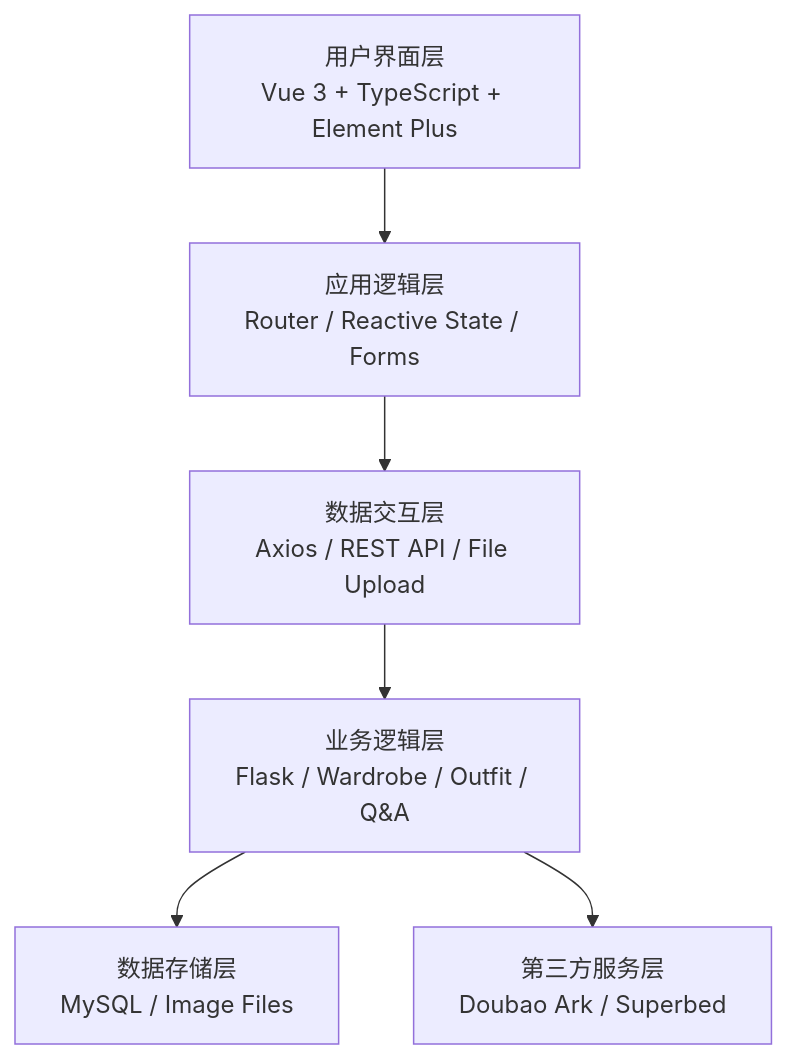
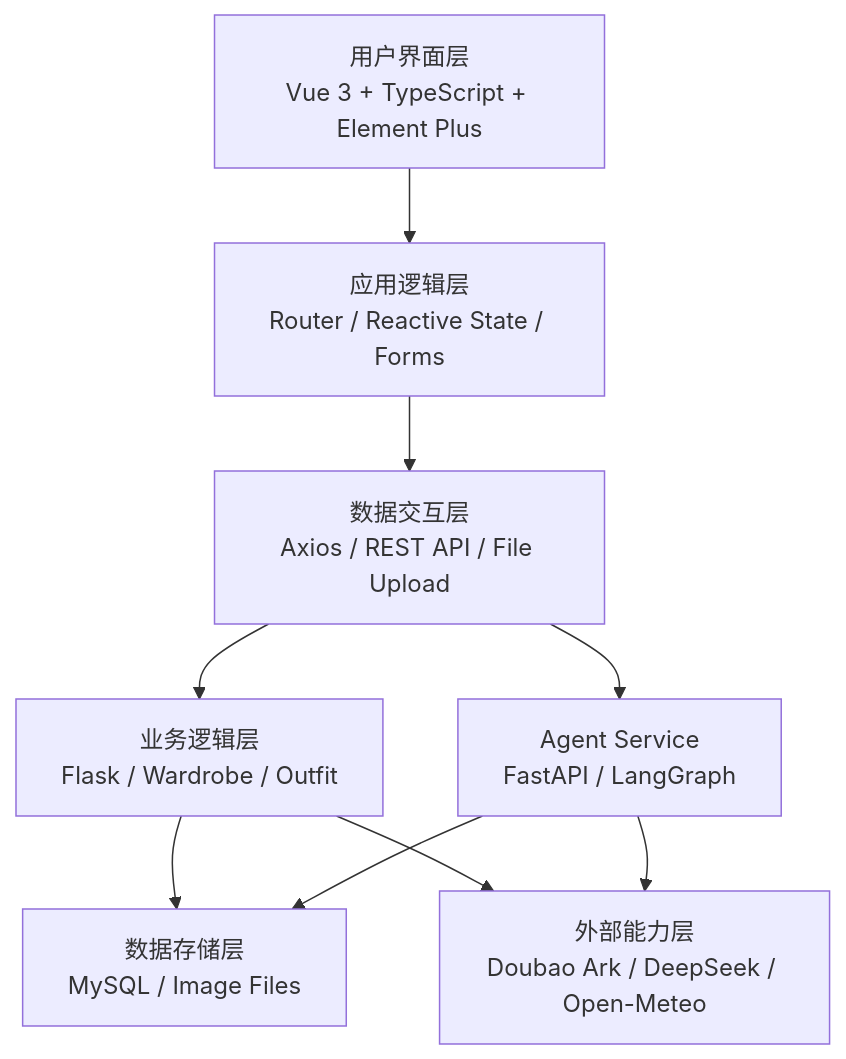
One commit to gaolaotou1/smart-wardrobe-recommender changed the second of 2 diagrams in README.md. Above: the diagram before and after it, drawn with Mermaid. The commit also changed other lines of this file and 56 other files, not shown here.

Commit message:
feat: implement LangGraph wardrobe agent v2

````diff
--- a/README.md
+++ b/README.md
@@ -44,13 +44,17 @@
 ```mermaid
 flowchart TB
     UI[用户界面层<br/>Vue 3 + TypeScript + Element Plus]
     APP[应用逻辑层<br/>Router / Reactive State / Forms]
     DATA[数据交互层<br/>Axios / REST API / File Upload]
-    BIZ[业务逻辑层<br/>Flask / Wardrobe / Outfit / Q&A]
+    BIZ[业务逻辑层<br/>Flask / Wardrobe / Outfit]
+    AGENT[Agent Service<br/>FastAPI / LangGraph]
     STORE[数据存储层<br/>MySQL / Image Files]
-    SERVICES[第三方服务层<br/>Doubao Ark / Superbed]
+    SERVICES[外部能力层<br/>Doubao Ark / DeepSeek / Open-Meteo]
 
     UI --> APP --> DATA --> BIZ
+    DATA --> AGENT
     BIZ --> STORE
     BIZ --> SERVICES
+    AGENT --> STORE
+    AGENT --> SERVICES
 ```
````
